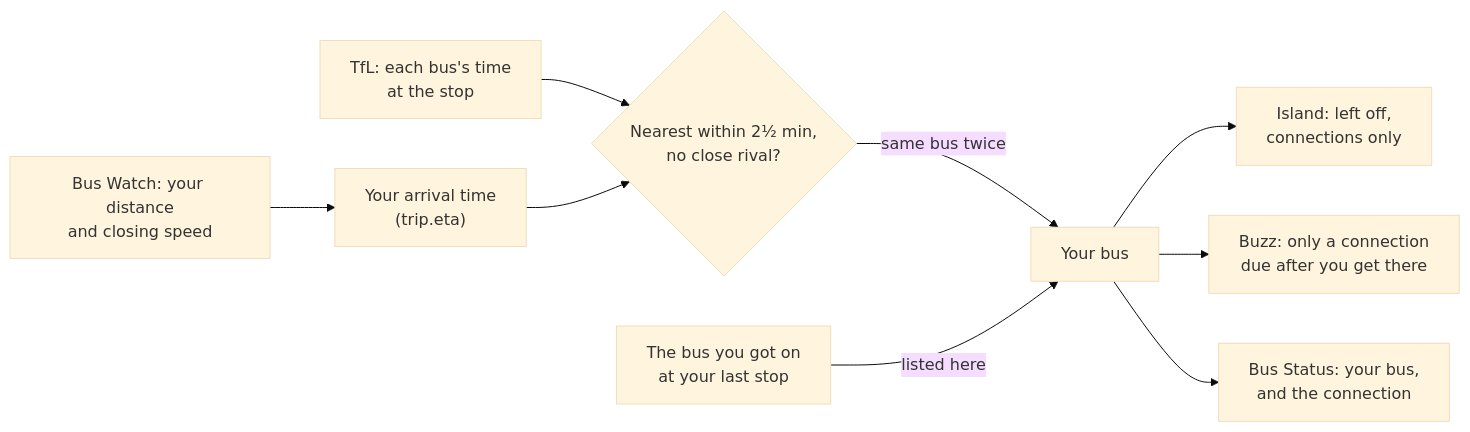
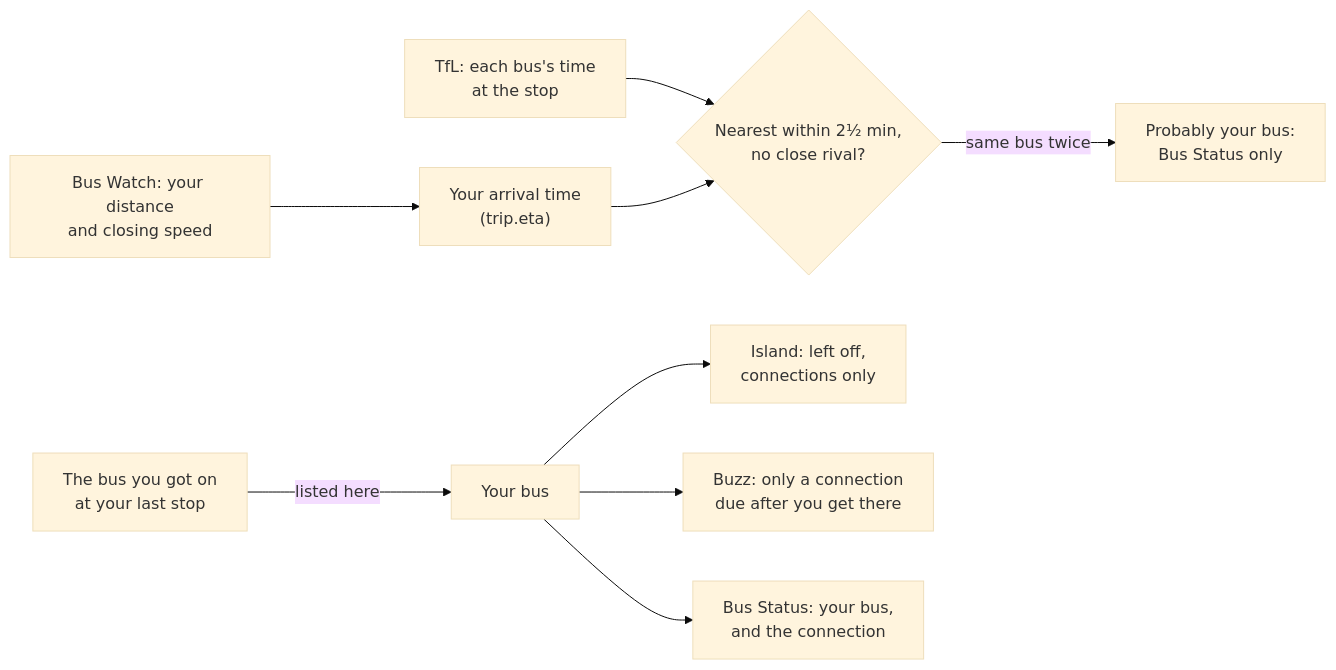
One commit to Pixxel123/bus-countdown changed the fourth of 4 diagrams in README.md. Above: the diagram before and after it, drawn with Mermaid (base theme). The commit also changed other lines of this file and 15 other files, not shown here.

First line of the commit message:
V4.34: only a bus you were seen getting on counts as yours; no second fetch within 20 s; travel mode on trial

````diff
--- a/README.md
+++ b/README.md
@@ -285,11 +289,11 @@
 ```mermaid
 flowchart LR
     w["Bus Watch: your distance<br/>and closing speed"] --> eta["Your arrival time<br/>(trip.eta)"]
     t["TfL: each bus's time<br/>at the stop"] --> cmp{"Nearest within 2½ min,<br/>no close rival?"}
     eta --> cmp
-    cmp -->|"same bus twice"| yours["Your bus"]
-    b["The bus you got on<br/>at your last stop"] -->|"listed here"| yours
+    cmp -->|"same bus twice"| prob["Probably your bus:<br/>Bus Status only"]
+    b["The bus you got on<br/>at your last stop"] -->|"listed here"| yours["Your bus"]
     yours --> island["Island: left off,<br/>connections only"]
     yours --> buzz["Buzz: only a connection<br/>due after you get there"]
     yours --> status["Bus Status: your bus,<br/>and the connection"]
 ```
````
